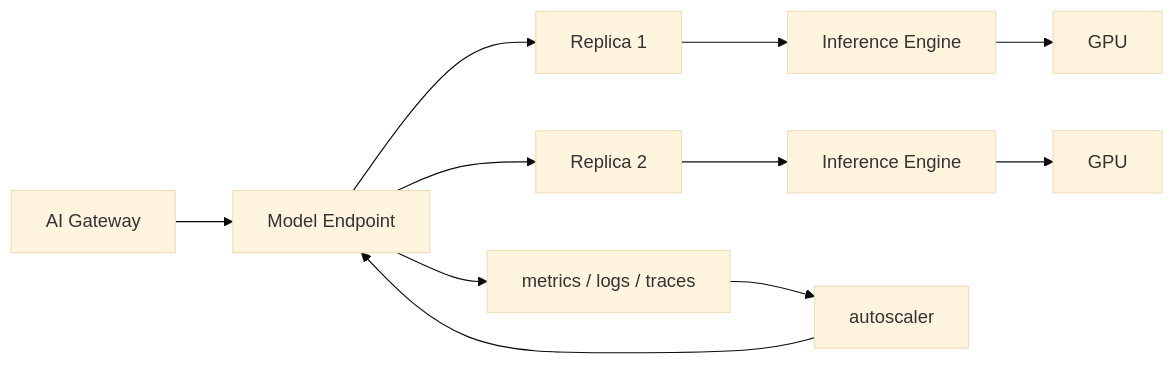
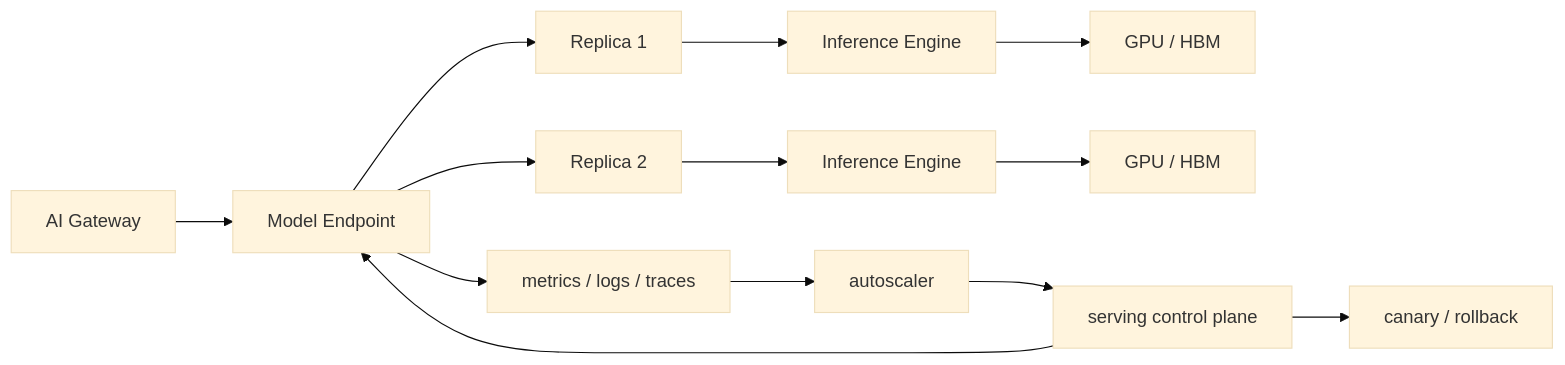
Before and after one commit to ikingye/ai-factory-engineering: the diagram in docs/part-03-models/chapter-14-model-serving.md, drawn with Mermaid (base theme). The commit also changed other lines of this file and 5 other files, not shown here.

````diff
--- a/docs/part-03-models/chapter-14-model-serving.md
+++ b/docs/part-03-models/chapter-14-model-serving.md
@@ -23,13 +49,15 @@
 ```mermaid
 flowchart LR
   Gateway["AI Gateway"] --> Endpoint["Model Endpoint"]
   Endpoint --> R1["Replica 1"]
   Endpoint --> R2["Replica 2"]
   R1 --> Engine1["Inference Engine"]
   R2 --> Engine2["Inference Engine"]
-  Engine1 --> GPU1["GPU"]
-  Engine2 --> GPU2["GPU"]
+  Engine1 --> GPU1["GPU / HBM"]
+  Engine2 --> GPU2["GPU / HBM"]
   Endpoint --> Metrics["metrics / logs / traces"]
   Metrics --> Autoscaler["autoscaler"]
-  Autoscaler --> Endpoint
+  Autoscaler --> Control["serving control plane"]
+  Control --> Endpoint
+  Control --> Rollout["canary / rollback"]
 ```
````
